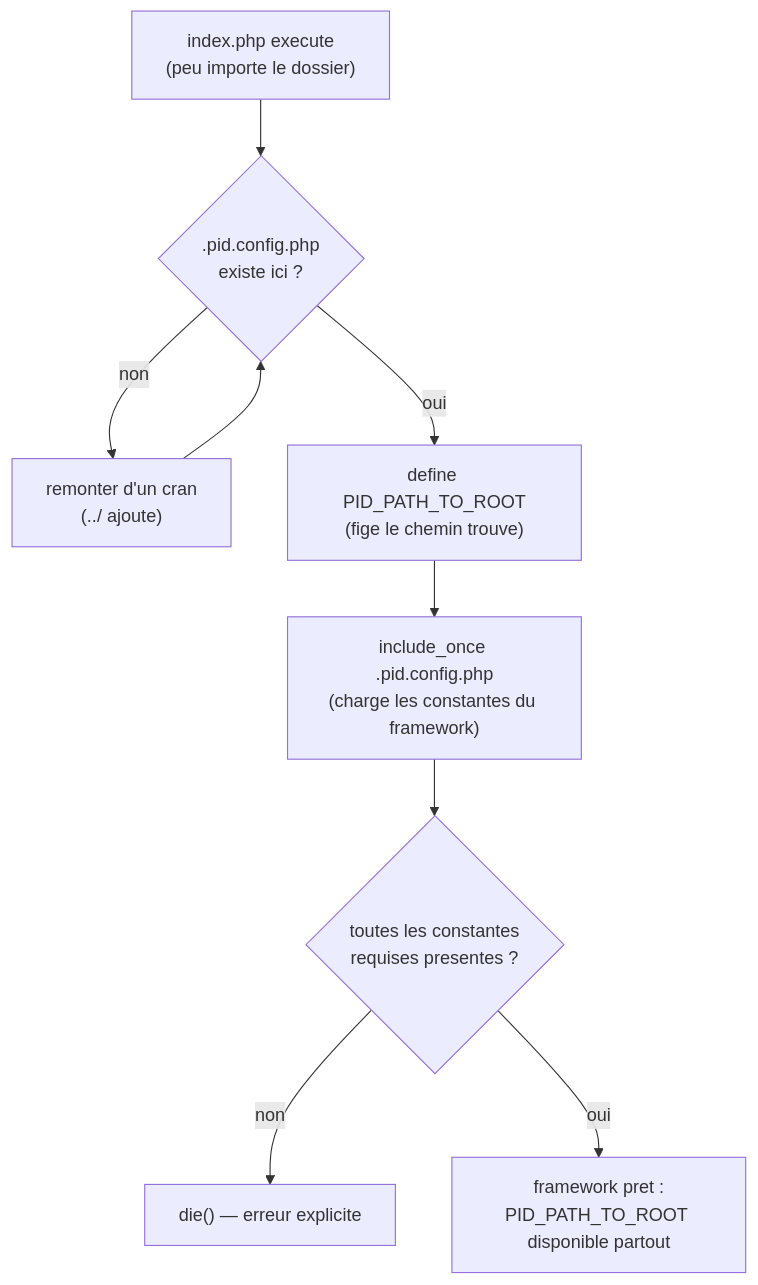
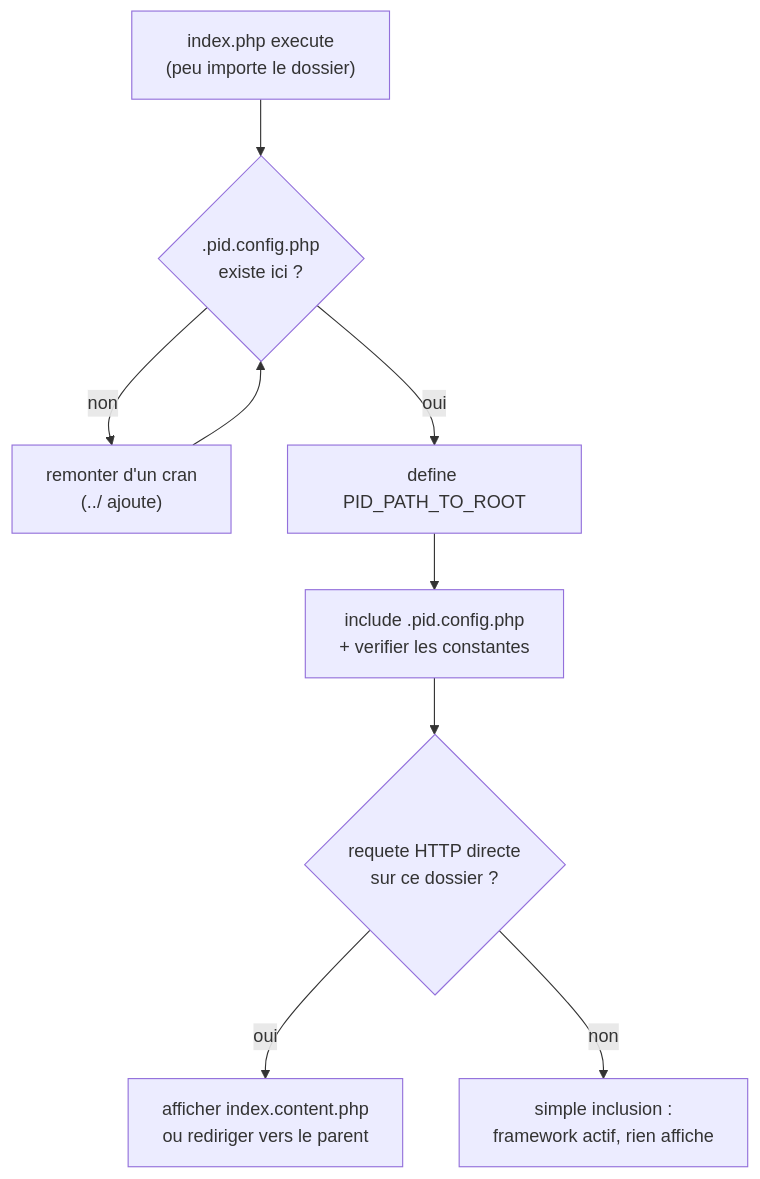
The diagram in docs/academique/Bootstrap PID — Detection de la Racine du Site.md (ernesthdj/PID), drawn with Mermaid before and after one commit. The commit also changed other lines of this file and 27 other files, not shown here.

````diff
--- a/docs/academique/Bootstrap PID — Detection de la Racine du Site.md
+++ b/docs/academique/Bootstrap PID — Detection de la Racine du Site.md
@@ -58,11 +20,11 @@
 ```mermaid
 flowchart TD
     A["index.php execute<br/>(peu importe le dossier)"] --> B{".pid.config.php<br/>existe ici ?"}
     B -- non --> C["remonter d'un cran<br/>(../ ajoute)"]
     C --> B
-    B -- oui --> D["define PID_PATH_TO_ROOT<br/>(fige le chemin trouve)"]
-    D --> E["include_once .pid.config.php<br/>(charge les constantes du framework)"]
-    E --> F{"toutes les constantes<br/>requises presentes ?"}
-    F -- non --> G["die() — erreur explicite"]
-    F -- oui --> H["framework pret :<br/>PID_PATH_TO_ROOT disponible partout"]
+    B -- oui --> D["define PID_PATH_TO_ROOT"]
+    D --> E["include .pid.config.php<br/>+ verifier les constantes"]
+    E --> F{"requete HTTP directe<br/>sur ce dossier ?"}
+    F -- oui --> G["afficher index.content.php<br/>ou rediriger vers le parent"]
+    F -- non --> H["simple inclusion :<br/>framework actif, rien affiche"]
 ```
````
